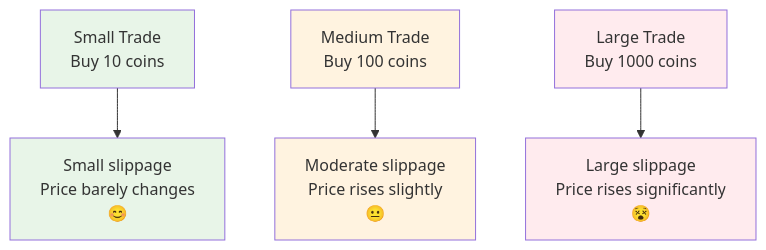
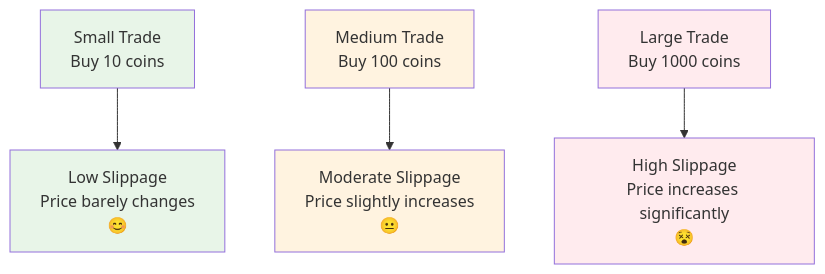
One commit to pinpetfun/pinpet-book changed the sixth of 9 diagrams in doc/AMM_Market_Making.md. Above: the diagram before and after it, drawn with Mermaid. The commit also changed other lines of this file and 54 other files, not shown here.

````diff
--- a/doc/AMM_Market_Making.md
+++ b/doc/AMM_Market_Making.md
@@ -217,13 +217,13 @@
 ```mermaid
 graph TD
-    A[Small Trade<br/>Buy 10 coins] --> B[Small slippage<br/>Price barely changes<br/>😊]
-    C[Medium Trade<br/>Buy 100 coins] --> D[Moderate slippage<br/>Price rises slightly<br/>😐]
-    E[Large Trade<br/>Buy 1000 coins] --> F[Large slippage<br/>Price rises significantly<br/>😵]
-    
+    A[Small Trade<br/>Buy 10 coins] --> B[Low Slippage<br/>Price barely changes<br/>😊]
+    C[Medium Trade<br/>Buy 100 coins] --> D[Moderate Slippage<br/>Price slightly increases<br/>😐]
+    E[Large Trade<br/>Buy 1000 coins] --> F[High Slippage<br/>Price increases significantly<br/>😵]
+
     style A fill:#e8f5e8
     style B fill:#e8f5e8
     style C fill:#fff3e0
     style D fill:#fff3e0
     style E fill:#ffebee
     style F fill:#ffebee
 ```
````
